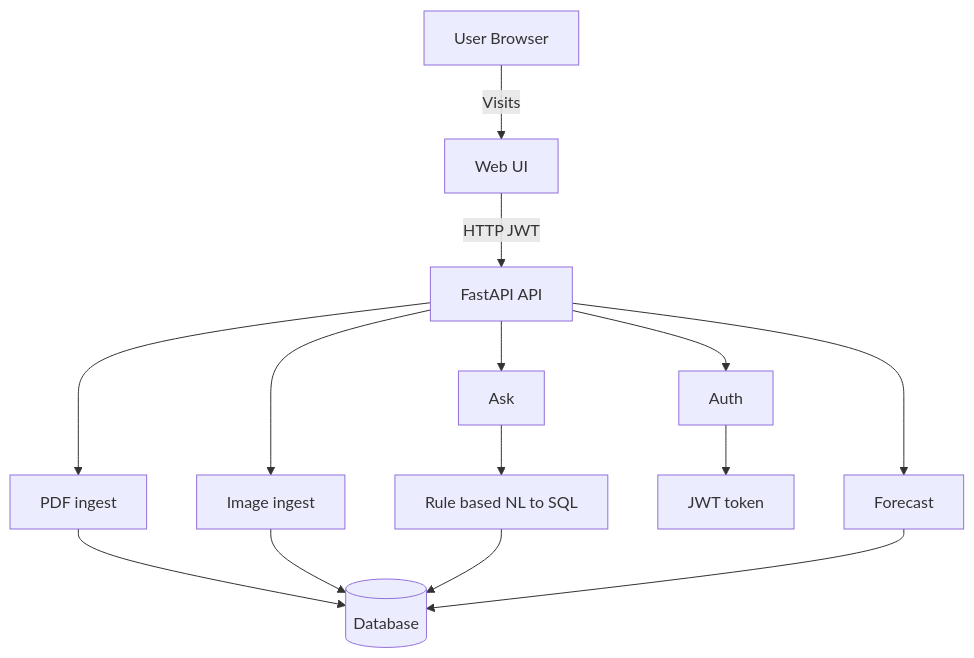
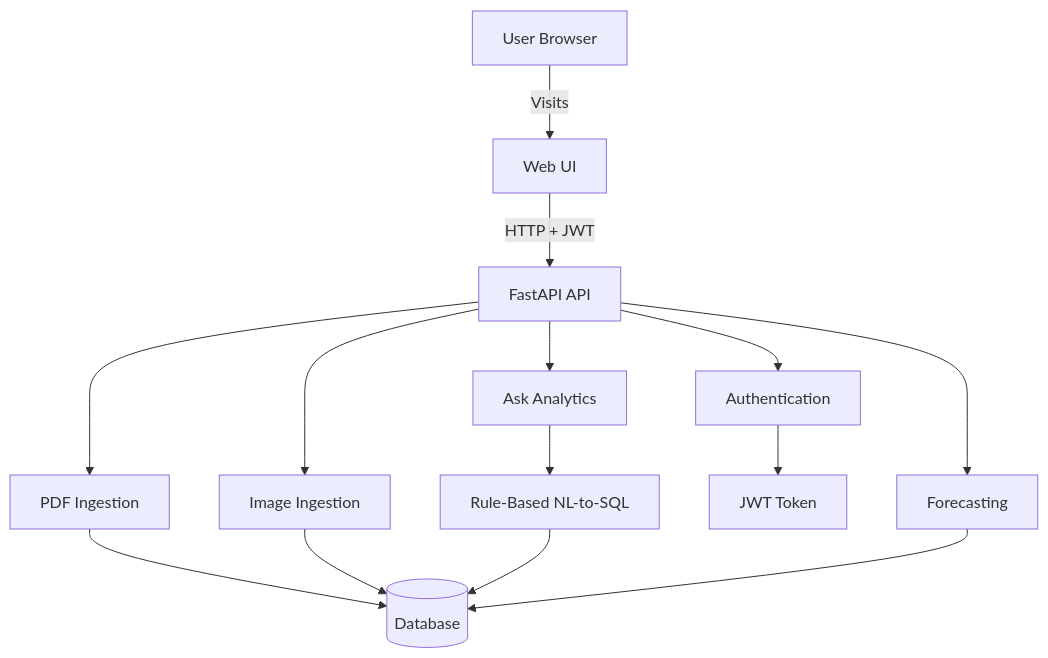
Before and after one commit to Harsh1Prajapati/Asklytics: the diagram in README.md, drawn with Mermaid. The commit also changed other lines of this file, not shown here.

````diff
--- a/README.md
+++ b/README.md
@@ -21,20 +21,20 @@
 ```mermaid
 flowchart TD
-  U[User Browser] -->|Visits| WEB[Web UI]
+    U[User Browser] -->|Visits| WEB[Web UI]
 
-  WEB -->|HTTP JWT| API[FastAPI API]
+    WEB -->|HTTP + JWT| API[FastAPI API]
 
-  API --> AUTH[Auth]
-  API --> ASK[Ask]
-  API --> PDF[PDF ingest]
-  API --> IMG[Image ingest]
-  API --> ML[Forecast]
+    API --> AUTH[Authentication]
+    API --> ASK[Ask Analytics]
+    API --> PDF[PDF Ingestion]
+    API --> IMG[Image Ingestion]
+    API --> ML[Forecasting]
 
-  AUTH --> JWT[JWT token]
-  ASK --> SQL[Rule based NL to SQL]
+    AUTH --> JWT[JWT Token]
+    ASK --> SQL[Rule-Based NL-to-SQL]
 
-  PDF --> DB[(Database)]
-  IMG --> DB
-  SQL --> DB
-  ML --> DB
+    PDF --> DB[(Database)]
+    IMG --> DB
+    SQL --> DB
+    ML --> DB
 ```
````
